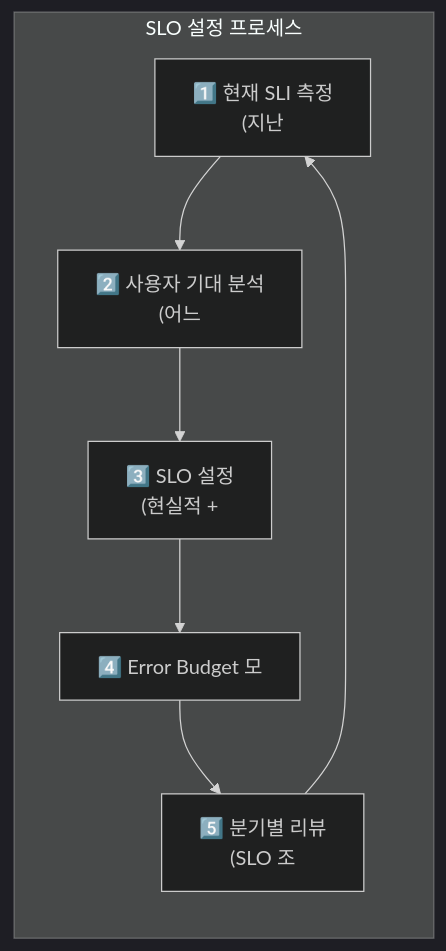
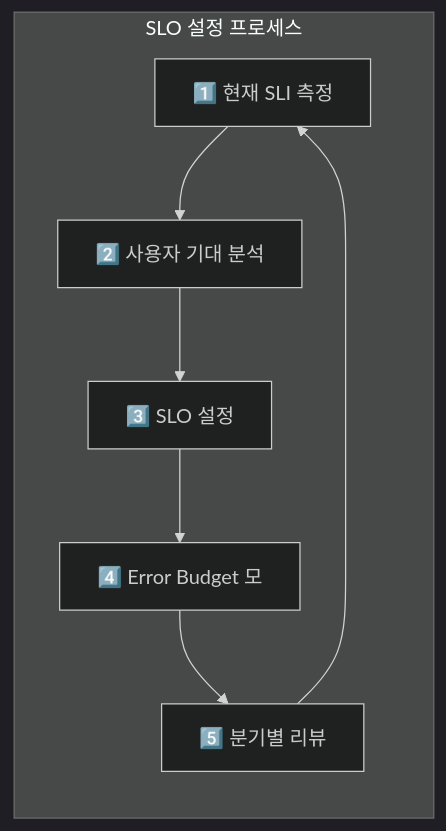
The third of 8 diagrams in _posts/monitoring/2026-05-03-sre-golden-signals.md (yjkim2015/yjkim2015.github.io), drawn with Mermaid (dark theme) before and after one commit. The commit also changed other lines of this file and 217 other files, not shown here.

First line of the commit message:
Mermaid 크기 수정: useMaxWidth:true + SVG max-width:100% + 라벨 축소

````diff
--- a/_posts/monitoring/2026-05-03-sre-golden-signals.md
+++ b/_posts/monitoring/2026-05-03-sre-golden-signals.md
@@ -223,10 +223,10 @@
 ```mermaid
 graph LR
     subgraph "SLO 설정 프로세스"
-        MEASURE["1️⃣ 현재 SLI 측정\n(지난"] --> ANALYZE["2️⃣ 사용자 기대 분석\n(어느"]
-        ANALYZE --> SET["3️⃣ SLO 설정\n(현실적 +"]
+        MEASURE["1️⃣ 현재 SLI 측정"] --> ANALYZE["2️⃣ 사용자 기대 분석"]
+        ANALYZE --> SET["3️⃣ SLO 설정"]
         SET --> MONITOR["4️⃣ Error Budget 모"]
-        MONITOR --> REVIEW["5️⃣ 분기별 리뷰\n(SLO 조"]
+        MONITOR --> REVIEW["5️⃣ 분기별 리뷰"]
         REVIEW --> MEASURE
     end
 ```
````
